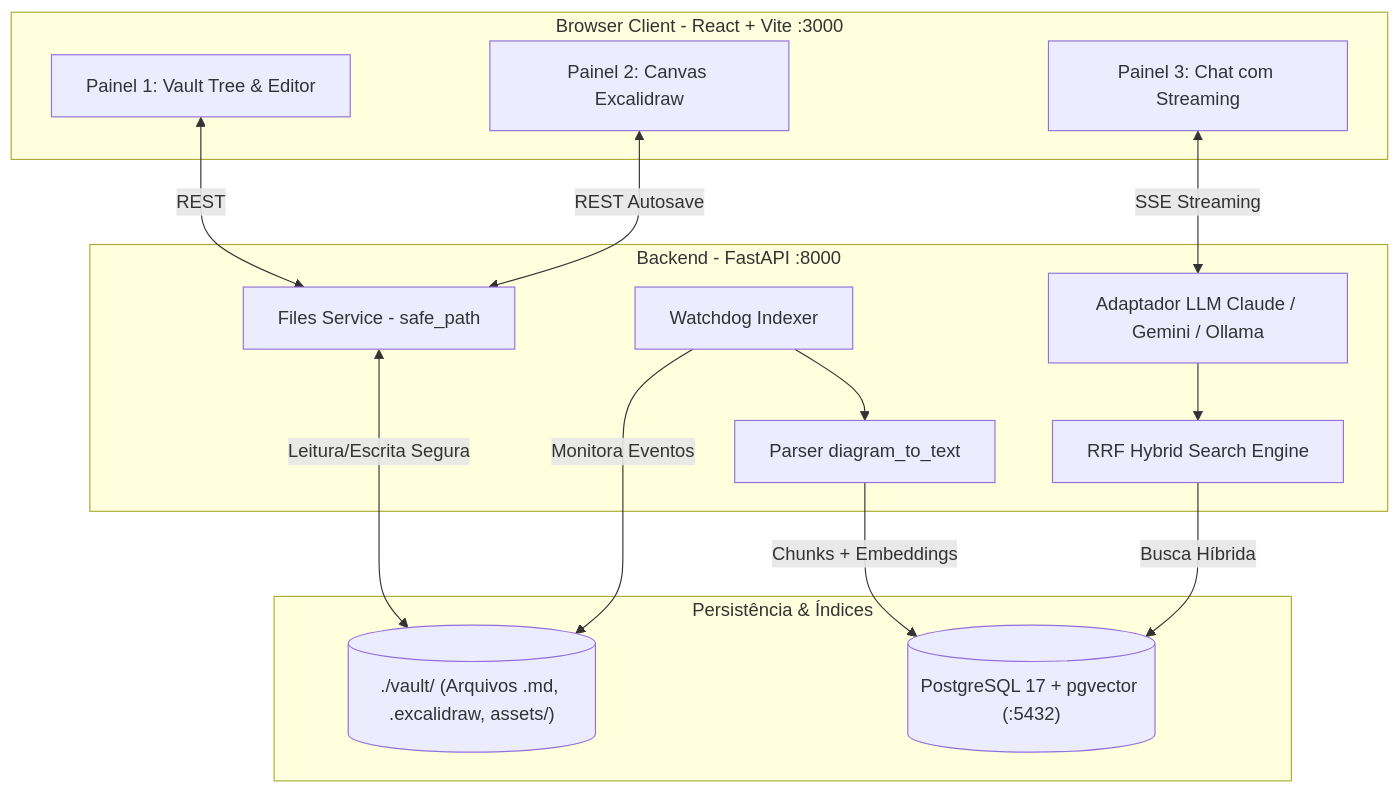
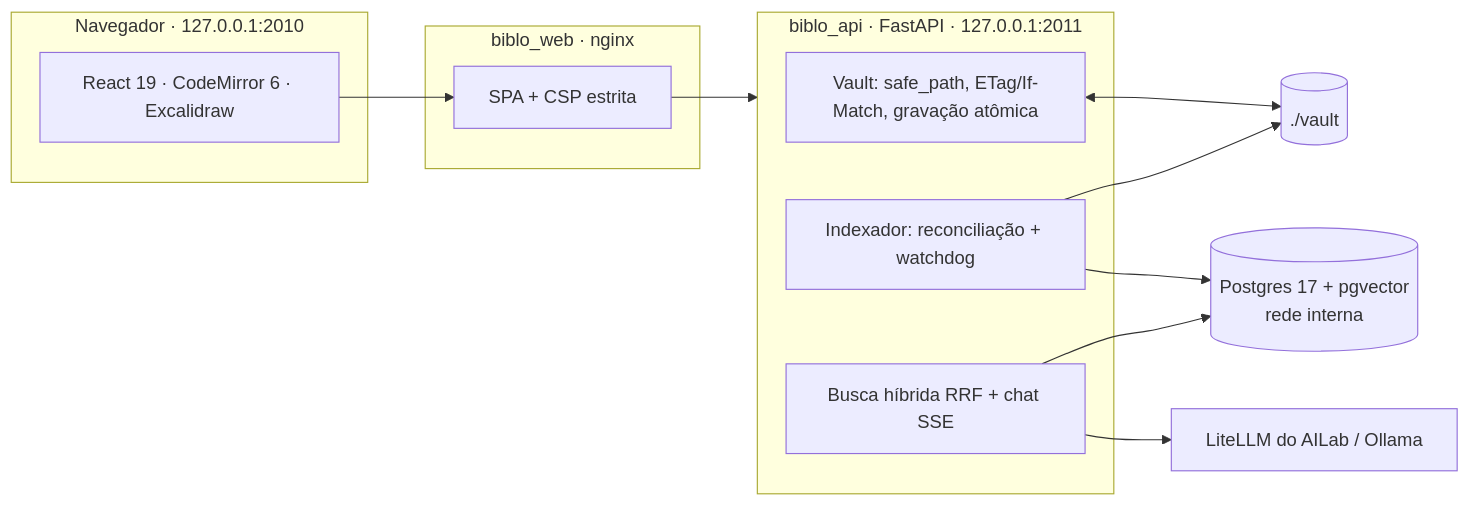
The diagram in README.md (LucasLiachi/Biblo), drawn with Mermaid before and after one commit. The commit also changed other lines of this file and 6 other files, not shown here.

First line of the commit message:
docs(biblo): documentação do estado atual e vault de exemplo

````diff
--- a/README.md
+++ b/README.md
@@ -89,31 +33,24 @@
 ```mermaid
-flowchart TD
-    subgraph Browser[Browser Client - React + Vite :3000]
-        V[Painel 1: Vault Tree & Editor]
-        C[Painel 2: Canvas Excalidraw]
-        A[Painel 3: Chat com Streaming]
-    end
+flowchart LR
+  subgraph Navegador["Navegador · 127.0.0.1:2010"]
+    UI[React 19 · CodeMirror 6 · Excalidraw]
+  end
+  subgraph Web[biblo_web · nginx]
+    STATIC[SPA + CSP estrita]
+  end
+  subgraph API["biblo_api · FastAPI · 127.0.0.1:2011"]
+    FILES[Vault: safe_path, ETag/If-Match, gravação atômica]
+    IDX[Indexador: reconciliação + watchdog]
+    RAG[Busca híbrida RRF + chat SSE]
+  end
+  DISK[(./vault)]
+  PG[(Postgres 17 + pgvector<br/>rede interna)]
+  LLM[LiteLLM do AILab / Ollama]
 
-    subgraph API[Backend - FastAPI :8000]
-        F[Files Service - safe_path]
-        W[Watchdog Indexer]
-        D2T[Parser diagram_to_text]
-        RAG[RRF Hybrid Search Engine]
-        LLM[Adaptador LLM Claude / Gemini / Ollama]
-    end
-
-    subgraph Storage[Persistência & Índices]
-        DISK[("./vault/ (Arquivos .md, .excalidraw, assets/)")]
-        PG[("PostgreSQL 17 + pgvector (:5432)")]
-    end
-
-    V <-->|REST| F
-    C <-->|REST Autosave| F
-    A <-->|SSE Streaming| LLM
-    F <-->|Leitura/Escrita Segura| DISK
-    W -->|Monitora Eventos| DISK
-    W --> D2T
-    D2T -->|Chunks + Embeddings| PG
-    LLM --> RAG
-    RAG -->|Busca Híbrida| PG
+  UI --> STATIC --> API
+  FILES <--> DISK
+  IDX --> DISK
+  IDX --> PG
+  RAG --> PG
+  RAG --> LLM
 ```
````
